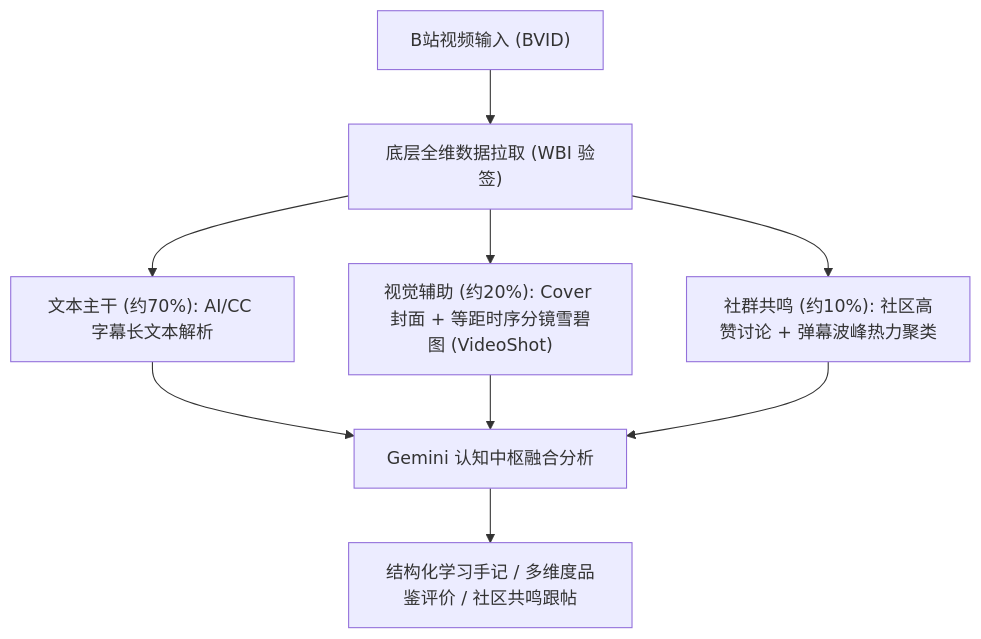
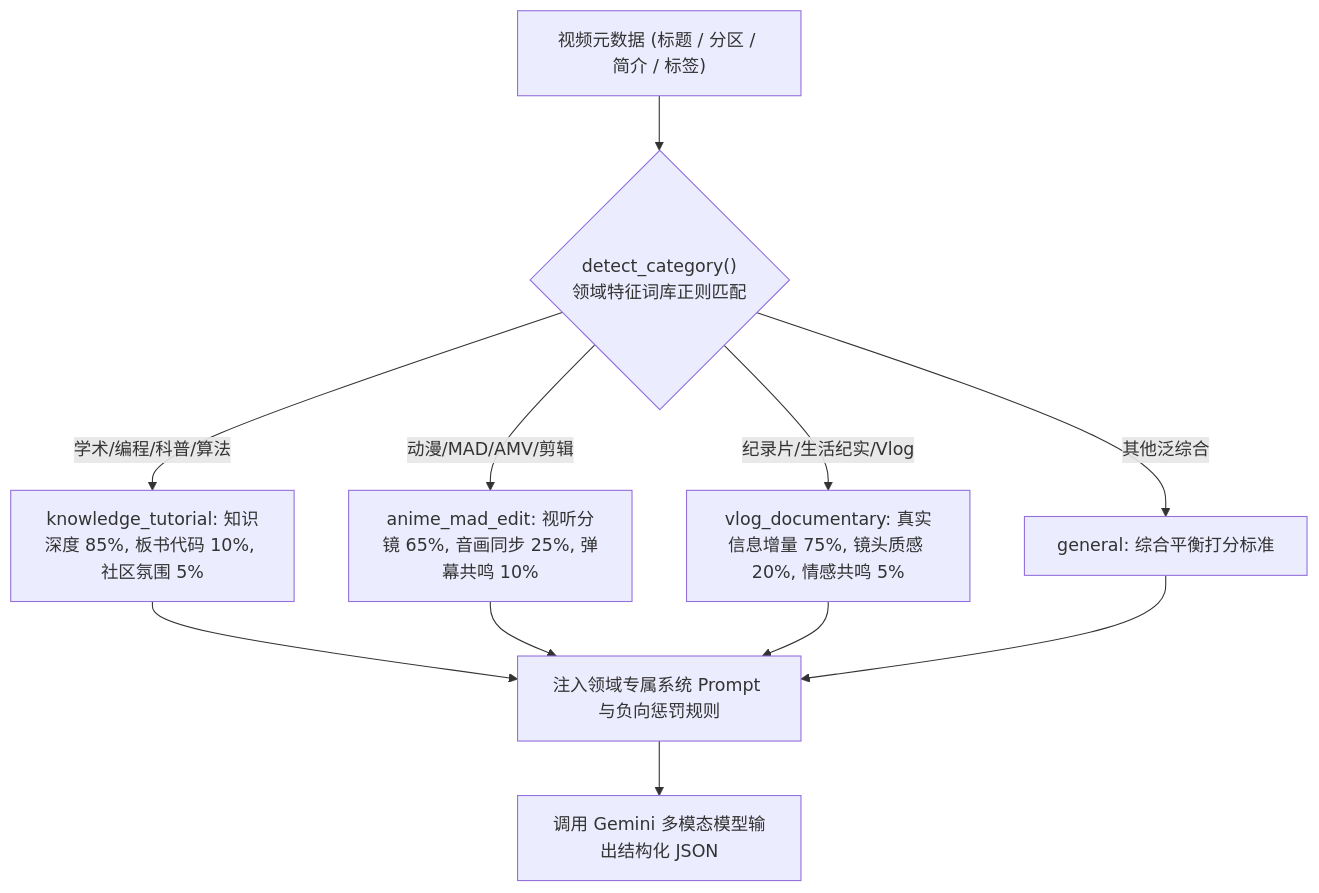
The first of 3 diagrams in README.md (SherlockYzz/cyber-hajimi-bili), drawn with Mermaid before and after one commit. The commit also changed other lines of this file and 3 other files, not shown here.

````diff
--- a/README.md
+++ b/README.md
@@ -71,11 +160,14 @@
 ```mermaid
 flowchart TD
-    A["B站视频输入 (BVID)"] --> B["底层全维数据拉取 (WBI 验签)"]
-    B --> C1["文本主干 (约70%): AI/CC 字幕长文本解析"]
-    B --> C2["视觉辅助 (约20%): Cover 封面 + 等距时序分镜雪碧图 (VideoShot)"]
-    B --> C3["社群共鸣 (约10%): 社区高赞讨论 + 弹幕波峰热力聚类"]
-    C1 --> D["Gemini 认知中枢融合分析"]
-    C2 --> D
-    C3 --> D
-    D --> E["结构化学习手记 / 多维度品鉴评价 / 社区共鸣跟帖"]
+    A["视频元数据 (标题 / 分区 / 简介 / 标签)"] --> B{"detect_category()<br>领域特征词库正则匹配"}
+    B -->|学术/编程/科普/算法| C["knowledge_tutorial: 知识深度 85%, 板书代码 10%, 社区氛围 5%"]
+    B -->|动漫/MAD/AMV/剪辑| D["anime_mad_edit: 视听分镜 65%, 音画同步 25%, 弹幕共鸣 10%"]
+    B -->|纪录片/生活纪实/Vlog| E["vlog_documentary: 真实信息增量 75%, 镜头质感 20%, 情感共鸣 5%"]
+    B -->|其他泛综合| F["general: 综合平衡打分标准"]
+    
+    C --> G["注入领域专属系统 Prompt 与负向惩罚规则"]
+    D --> G
+    E --> G
+    F --> G
+    G --> H["调用 Gemini 多模态模型输出结构化 JSON"]
 ```
````
